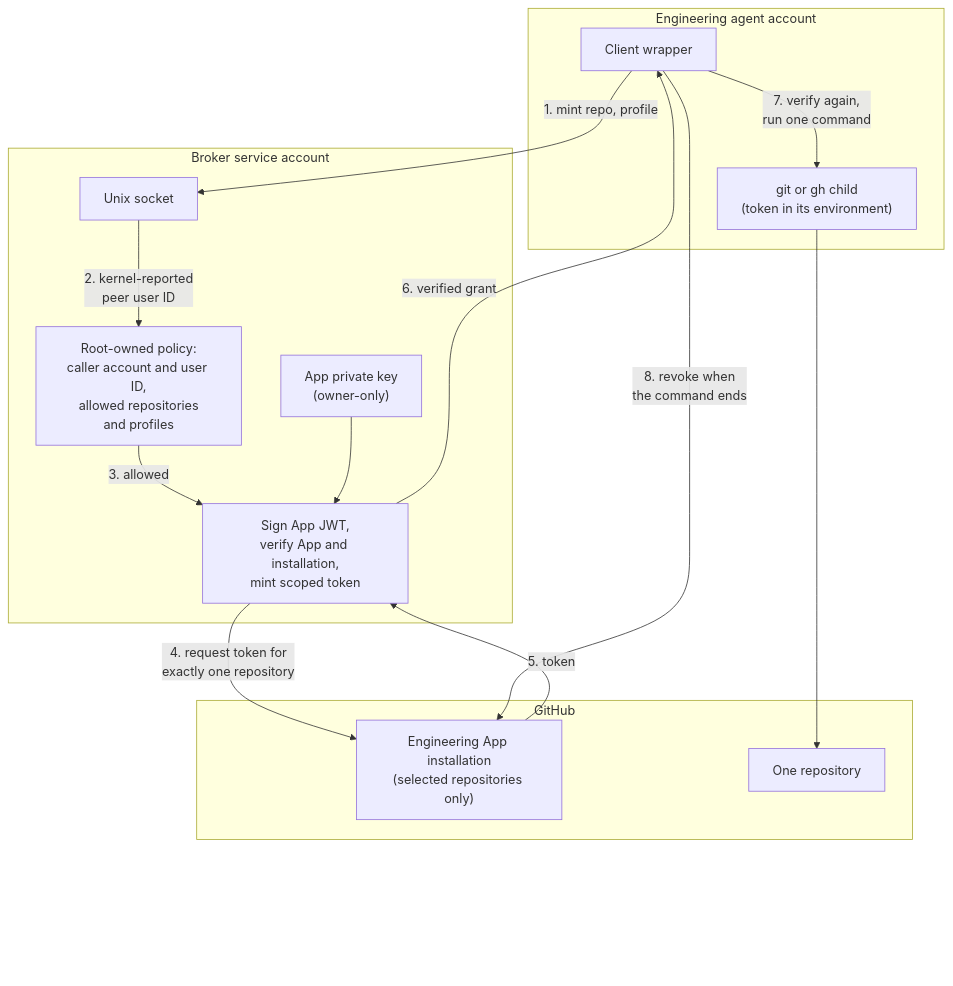
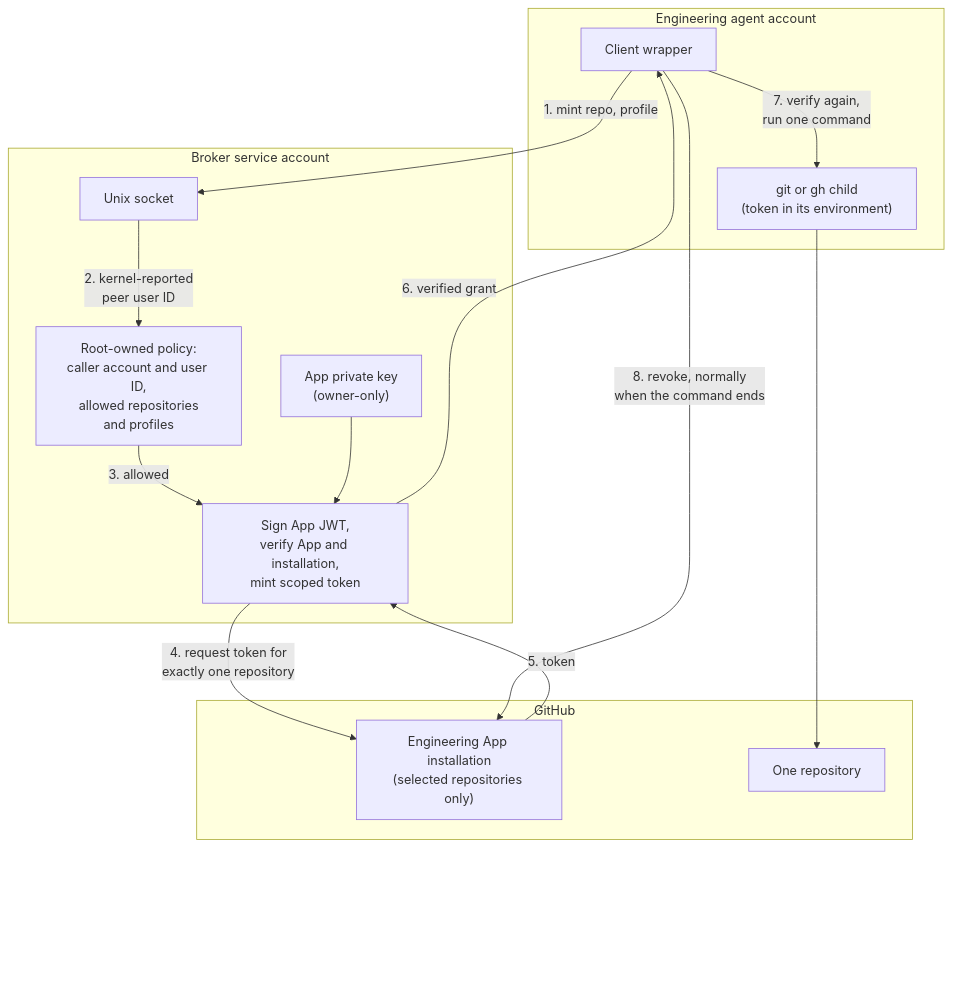
One commit to mk-global/engineering-showcase changed the diagram in docs/architecture/github-authorization.md. Above: the diagram before and after it, drawn with Mermaid. The commit also changed other lines of this file and 7 other files, not shown here.

````diff
--- a/docs/architecture/github-authorization.md
+++ b/docs/architecture/github-authorization.md
@@ -64,35 +64,35 @@
 ```mermaid
 flowchart TD
     subgraph agentAcct["Engineering agent account"]
         cli["Client wrapper"]
         child["git or gh child<br/>(token in its environment)"]
     end
 
     subgraph brokerAcct["Broker service account"]
         sock["Unix socket"]
         policy["Root-owned policy:<br/>caller account and user ID,<br/>allowed repositories<br/>and profiles"]
         keyfile["App private key<br/>(owner-only)"]
         mintfn["Sign App JWT,<br/>verify App and installation,<br/>mint scoped token"]
     end
 
     subgraph github["GitHub"]
         app["Engineering App installation<br/>(selected repositories only)"]
         repo["One repository"]
     end
 
     cli -->|"1. mint repo, profile"| sock
     sock -->|"2. kernel-reported<br/>peer user ID"| policy
     policy -->|"3. allowed"| mintfn
     keyfile --> mintfn
     mintfn -->|"4. request token for<br/>exactly one repository"| app
     app -->|"5. token"| mintfn
     mintfn -->|"6. verified grant"| cli
     cli -->|"7. verify again,<br/>run one command"| child --> repo
-    cli -->|"8. revoke when<br/>the command ends"| app
+    cli -->|"8. revoke, normally<br/>when the command ends"| app
 
     %% An invisible spacer keeps the diagram clear of the pan and zoom
     %% controls GitHub draws over its bottom-right corner (CONTRIBUTING.md).
     github ~~~ spacer["<br/><br/><br/><br/>"]
     classDef spacer fill:none,stroke:none;
     class spacer spacer;
 ```
````
